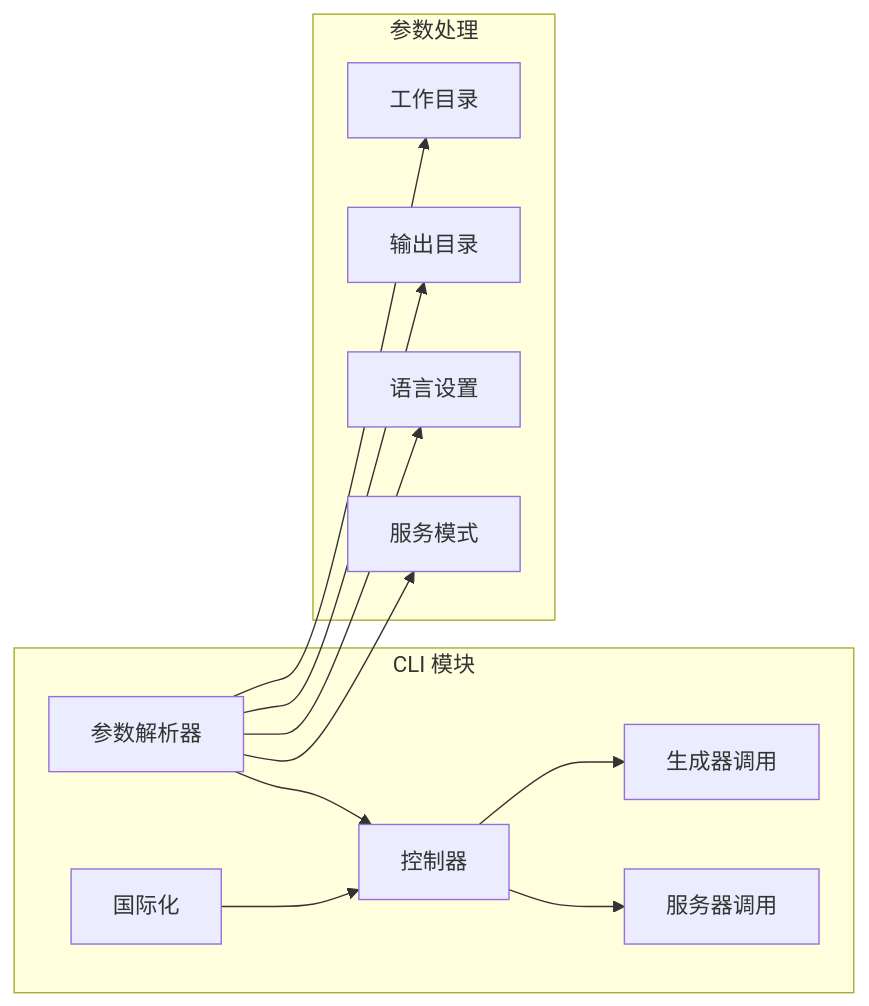
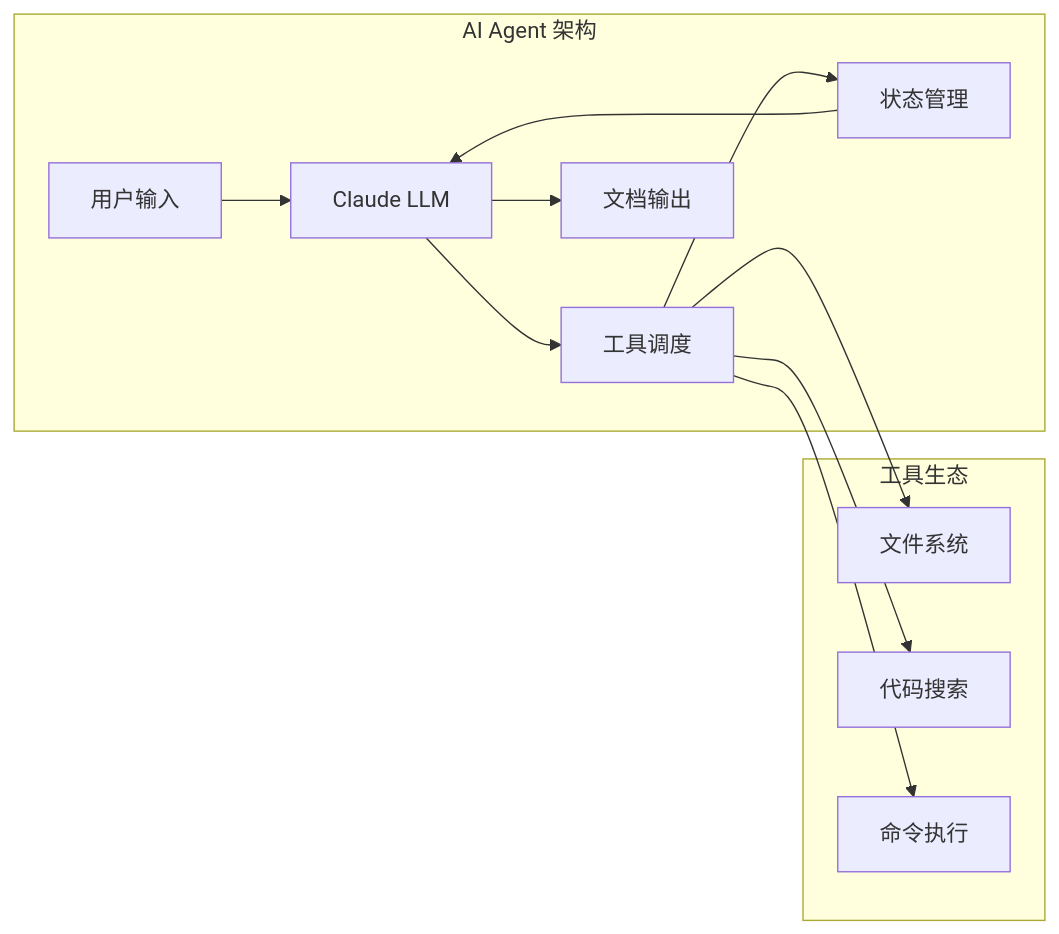
One commit to dean2021/codeviewx changed the second of 5 diagrams in docs/zh/03-architecture.md. Above: the diagram before and after it, drawn with Mermaid. The commit also changed other lines of this file and 6 other files, not shown here.

````diff
--- a/docs/zh/03-architecture.md
+++ b/docs/zh/03-architecture.md
@@ -64,21 +149,16 @@
 ```mermaid
 graph LR
-    subgraph "CLI 模块"
-        ARG[参数解析器] --> CTRL[控制器]
-        CTRL --> GEN[生成器调用]
-        CTRL --> SRV[服务器调用]
-        I18N[国际化] --> CTRL
+    subgraph "AI Agent 架构"
+        INPUT[用户输入] --> LLM[Claude LLM]
+        LLM --> TOOL[工具调度]
+        TOOL --> MEMORY[状态管理]
+        MEMORY --> LLM
+        LLM --> OUTPUT[文档输出]
     end
     
-    subgraph "参数处理"
-        WORKING[工作目录]
-        OUTPUT[输出目录]
-        LANG[语言设置]
-        SERVE[服务模式]
+    subgraph "工具生态"
+        TOOL --> FS[文件系统]
+        TOOL --> SEARCH[代码搜索]
+        TOOL --> CMD[命令执行]
     end
-    
-    ARG --> WORKING
-    ARG --> OUTPUT
-    ARG --> LANG
-    ARG --> SERVE
 ```
````
